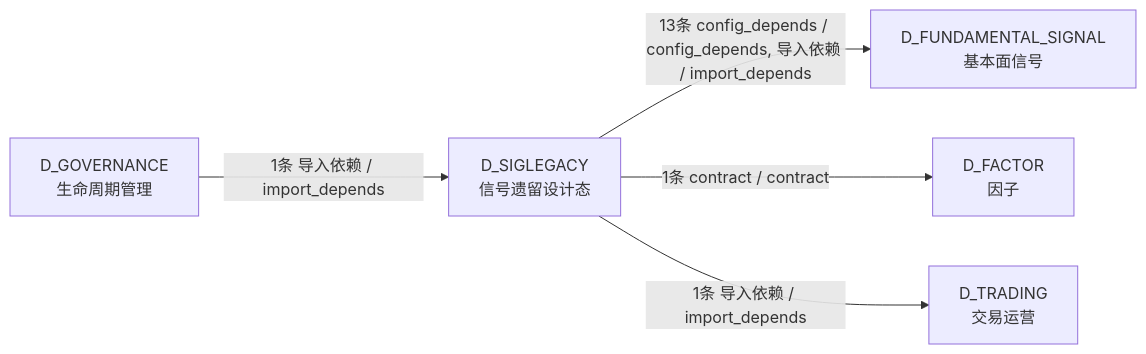
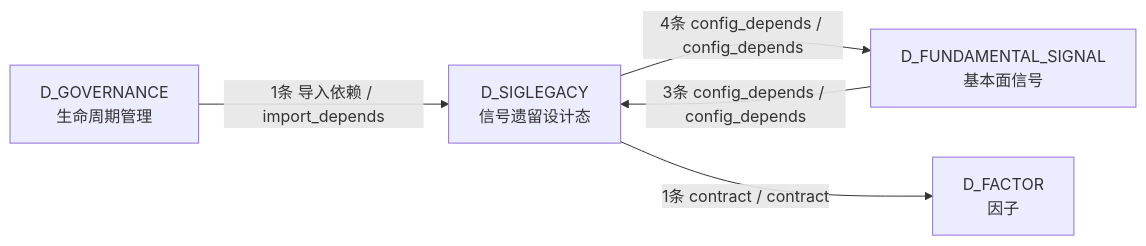
The third of 3 diagrams in docs/02_enterprise_architecture/02_domain_architecture_docs/63_d_siglegacy.md (xuanFelixVan/ZephyrAlpha), drawn with Mermaid before and after one commit. The commit also changed other lines of this file and 126 other files, not shown here.

````diff
--- a/docs/02_enterprise_architecture/02_domain_architecture_docs/63_d_siglegacy.md
+++ b/docs/02_enterprise_architecture/02_domain_architecture_docs/63_d_siglegacy.md
@@ -222,12 +199,11 @@
 ```mermaid
 graph LR
     D_SIGLEGACY["D_SIGLEGACY<br/>信号遗留设计态"]
     D_FUNDAMENTAL_SIGNAL["D_FUNDAMENTAL_SIGNAL<br/>基本面信号"]
     D_FACTOR["D_FACTOR<br/>因子"]
-    D_TRADING["D_TRADING<br/>交易运营"]
     D_GOVERNANCE["D_GOVERNANCE<br/>生命周期管理"]
-    D_SIGLEGACY -->|13条 config_depends / config_depends, 导入依赖 / import_depends| D_FUNDAMENTAL_SIGNAL
+    D_SIGLEGACY -->|4条 config_depends / config_depends| D_FUNDAMENTAL_SIGNAL
     D_SIGLEGACY -->|1条 contract / contract| D_FACTOR
-    D_SIGLEGACY -->|1条 导入依赖 / import_depends| D_TRADING
+    D_FUNDAMENTAL_SIGNAL -->|3条 config_depends / config_depends| D_SIGLEGACY
     D_GOVERNANCE -->|1条 导入依赖 / import_depends| D_SIGLEGACY
 ```
````
